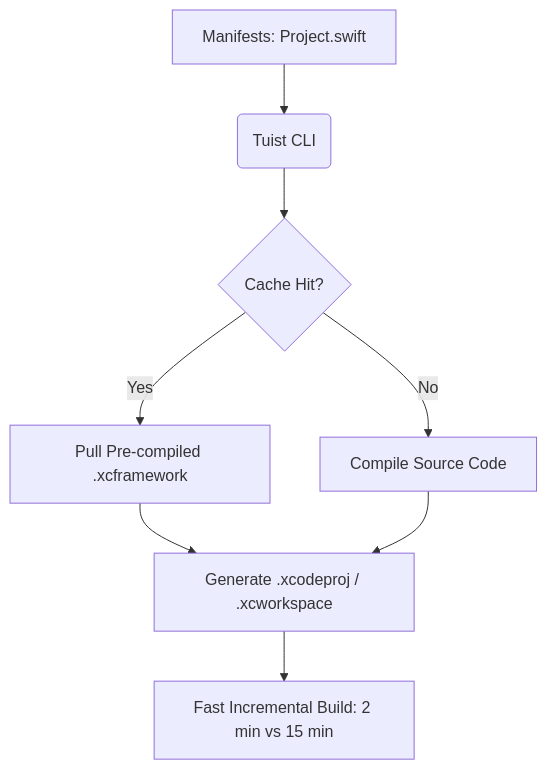
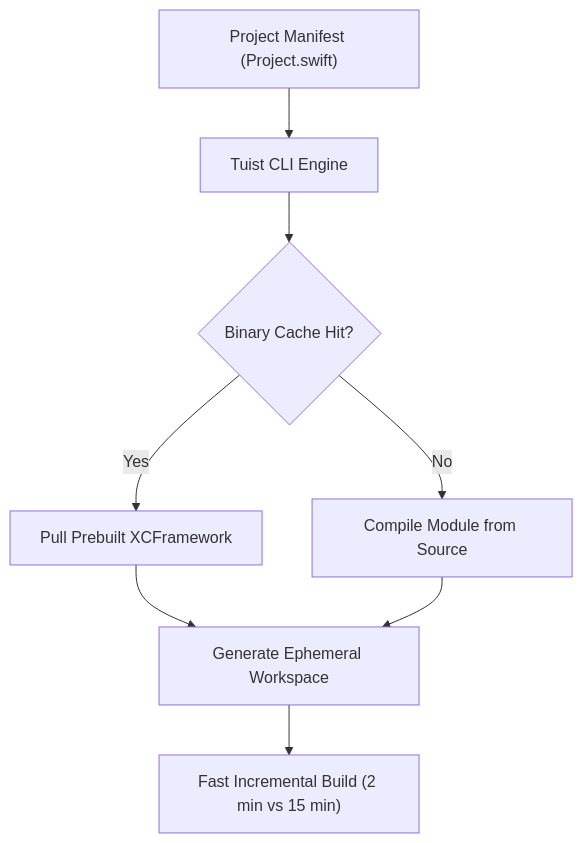
Before and after one commit to vineetsansare/iOSInterviewQnA: the second of 10 diagrams in iOS_Tech_Lead_Prep_Master_Guide.md, drawn with Mermaid. The commit also changed other lines of this file and 1 other file, not shown here.

Commit message:
fix: sanitize organization references and fix all Mermaid diagram syntax errors

````diff
--- a/iOS_Tech_Lead_Prep_Master_Guide.md
+++ b/iOS_Tech_Lead_Prep_Master_Guide.md
@@ -92,10 +93,10 @@
 ```mermaid
-graph TD
-    A[Manifests: Project.swift] --> B(Tuist CLI)
-    B --> C{Cache Hit?}
-    C -->|Yes| D[Pull Pre-compiled .xcframework]
-    C -->|No| E[Compile Source Code]
-    D --> F[Generate .xcodeproj / .xcworkspace]
+flowchart TD
+    A["Project Manifest (Project.swift)"] --> B["Tuist CLI Engine"]
+    B --> C{"Binary Cache Hit?"}
+    C -->|"Yes"| D["Pull Prebuilt XCFramework"]
+    C -->|"No"| E["Compile Module from Source"]
+    D --> F["Generate Ephemeral Workspace"]
     E --> F
-    F --> G[Fast Incremental Build: 2 min vs 15 min]
+    F --> G["Fast Incremental Build (2 min vs 15 min)"]
 ```
````
